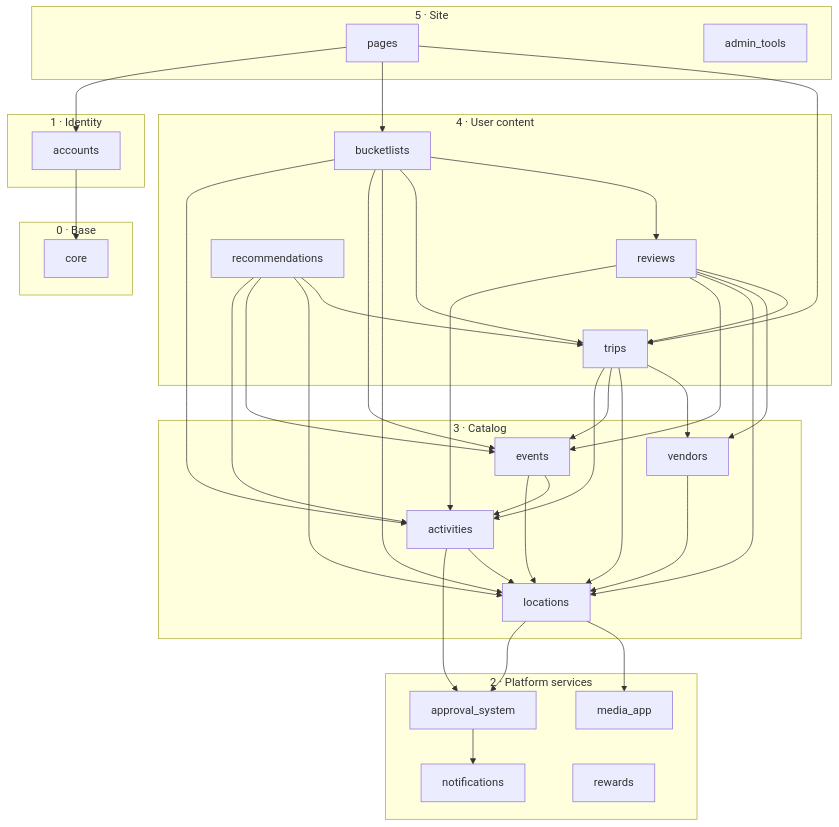
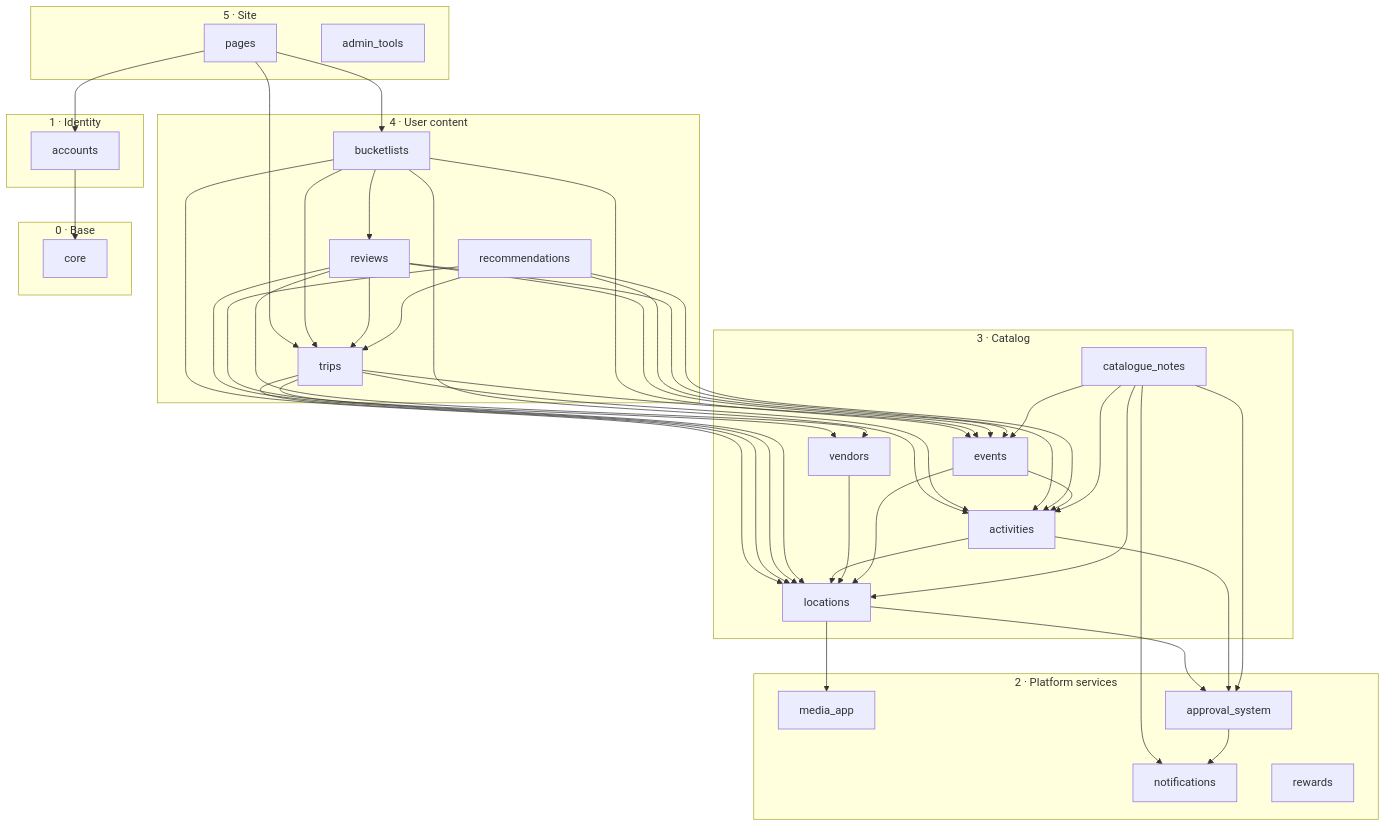
The diagram in docs/architecture/app_dependencies.md (jjennings308/django-travel-site), drawn with Mermaid before and after one commit. The commit also changed 31 other files, not shown here.

First line of the commit message:
N1: Good to know notes on catalogue places, activities and events

````diff
--- a/docs/architecture/app_dependencies.md
+++ b/docs/architecture/app_dependencies.md
@@ -12,75 +12,81 @@
 ```mermaid
 graph TD
 
     subgraph L5["5 · Site"]
         pages
         admin_tools
     end
 
     subgraph L4["4 · User content"]
         bucketlists
         trips
         reviews
         recommendations
     end
 
     subgraph L3["3 · Catalog"]
         locations
         activities
         vendors
         events
+        catalogue_notes
     end
 
     subgraph L2["2 · Platform services"]
         notifications
         media_app
         approval_system
         rewards
     end
 
     subgraph L1["1 · Identity"]
         accounts
     end
 
     subgraph L0["0 · Base"]
         core
     end
 
     pages --> accounts
     pages --> bucketlists
     pages --> trips
 
     bucketlists --> activities
     bucketlists --> events
     bucketlists --> locations
     bucketlists --> trips
     bucketlists --> reviews
 
     trips --> activities
     trips --> events
     trips --> locations
     trips --> vendors
 
     reviews --> activities
     reviews --> events
     reviews --> locations
     reviews --> vendors
     reviews --> trips
 
     recommendations --> activities
     recommendations --> events
     recommendations --> locations
     recommendations --> trips
 
     locations --> approval_system
     locations --> media_app
     activities --> approval_system
     activities --> locations
     vendors --> locations
     events --> locations
     events --> activities
+    catalogue_notes --> locations
+    catalogue_notes --> activities
+    catalogue_notes --> events
+    catalogue_notes --> approval_system
+    catalogue_notes --> notifications
 
     approval_system --> notifications
 
     accounts --> core
 ```
````
